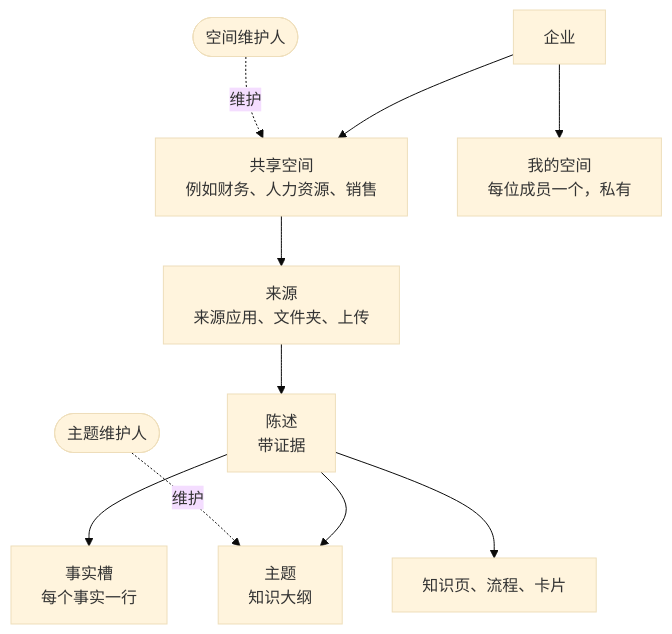
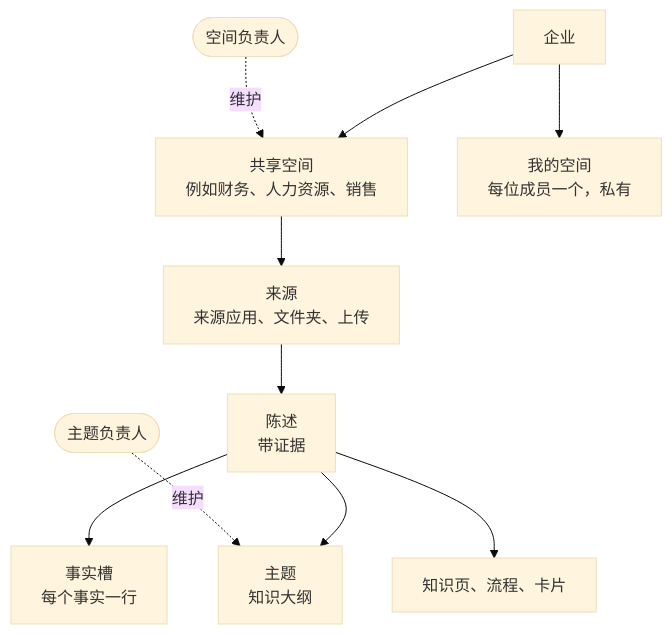
One commit to AngelMsger/Inspiration changed the second of 9 diagrams in docs/zh/overview.md. Above: the diagram before and after it, drawn with Mermaid (base theme). The commit also changed other lines of this file and 24 other files, not shown here.

````diff
--- a/docs/zh/overview.md
+++ b/docs/zh/overview.md
@@ -110,12 +110,12 @@
 ```mermaid
 flowchart TB
   C[企业] --> SP["共享空间<br/>例如财务、人力资源、销售"]
   C --> MY["我的空间<br/>每位成员一个，私有"]
   SP --> SRC["来源<br/>来源应用、文件夹、上传"]
   SRC --> ST["陈述<br/>带证据"]
   ST --> SL["事实槽<br/>每个事实一行"]
   ST --> TP["主题<br/>知识大纲"]
   ST --> PG["知识页、流程、卡片"]
-  SO([空间维护人]) -. 维护 .-> SP
-  TO([主题维护人]) -. 维护 .-> TP
+  SO([空间负责人]) -. 维护 .-> SP
+  TO([主题负责人]) -. 维护 .-> TP
 ```
````
